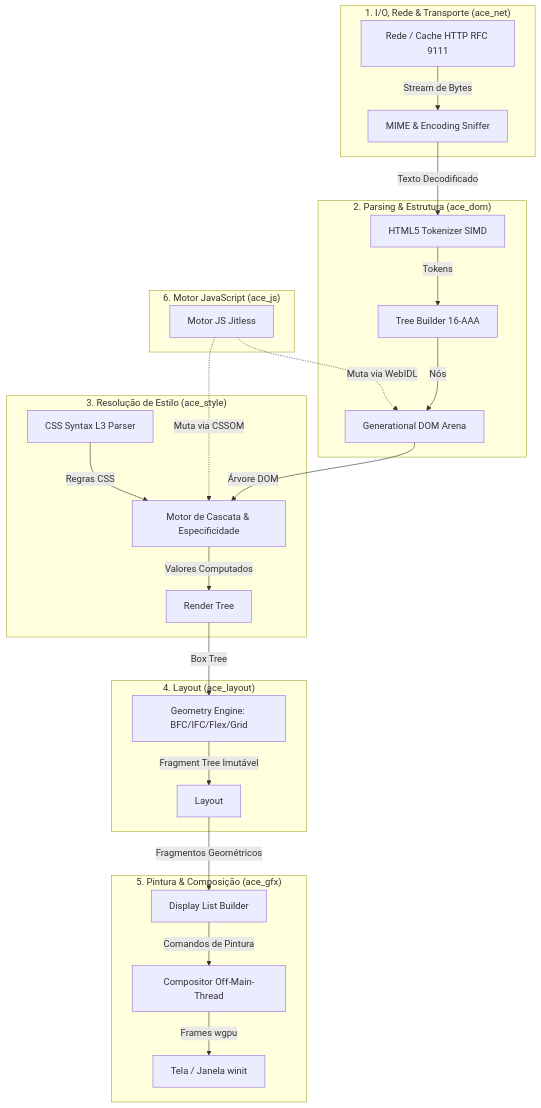
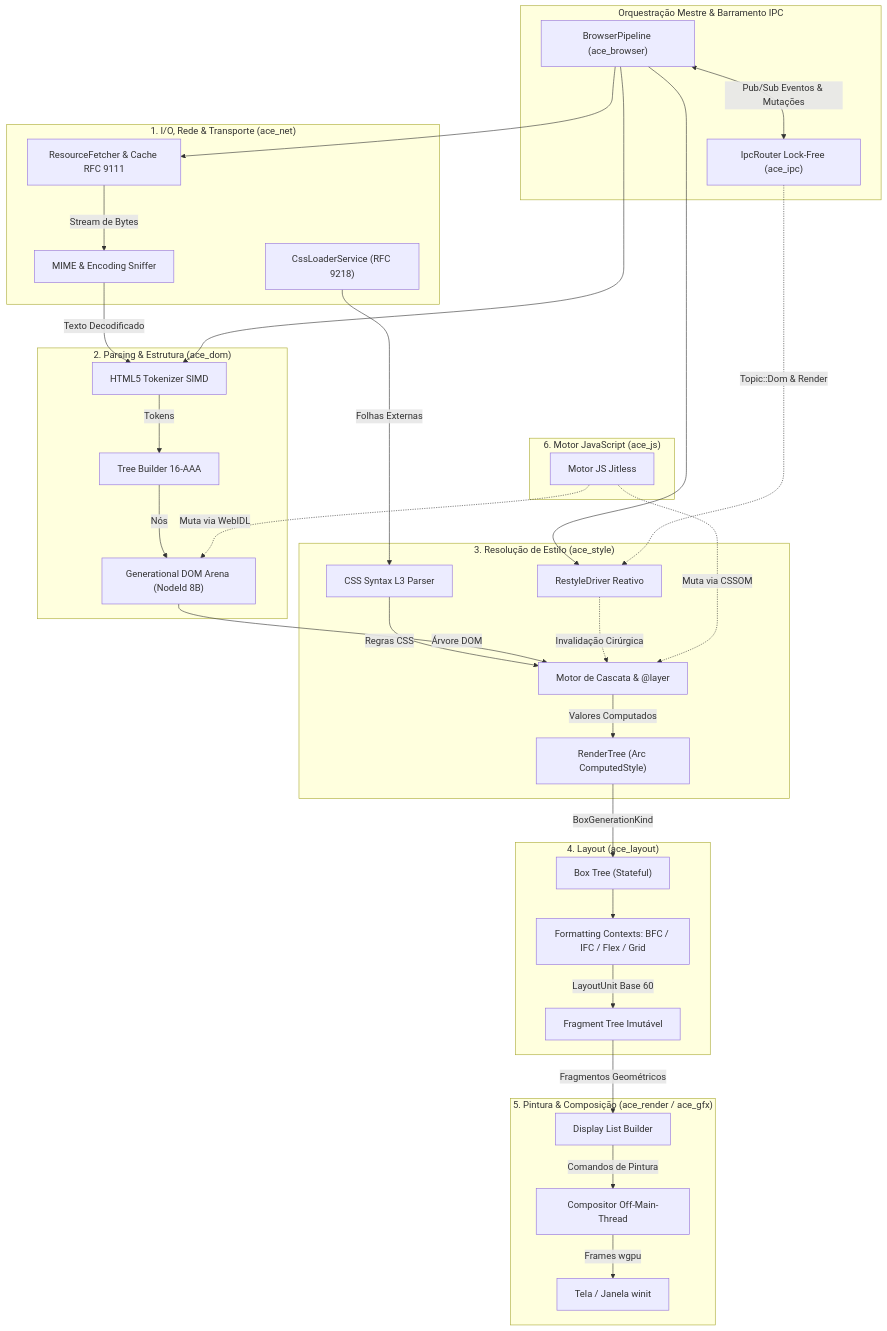
Before and after one commit to Alekkzsx/Albedo-Browser: the diagram in docs/architecture/README.md, drawn with Mermaid. The commit also changed other lines of this file and 1 other file, not shown here.

Commit message:
feat(docs): update architecture documentation to reflect the latest status and enhancements in test infrastructure and layout engine specifications

````diff
--- a/docs/architecture/README.md
+++ b/docs/architecture/README.md
@@ -13,34 +13,49 @@
 ```mermaid
 flowchart TD
-    subgraph I/O & Rede ["1. I/O, Rede & Transporte (ace_net)"]
-        Net[Rede / Cache HTTP RFC 9111] -->|Stream de Bytes| Sniffer[MIME & Encoding Sniffer]
+    subgraph Orquestracao ["Orquestração Mestre & Barramento IPC"]
+        Pipeline["BrowserPipeline (ace_browser)"]
+        Router["IpcRouter Lock-Free (ace_ipc)"]
+        Pipeline <-->|Pub/Sub Eventos & Mutações| Router
+    end
+
+    subgraph IORede ["1. I/O, Rede & Transporte (ace_net)"]
+        Net["ResourceFetcher & Cache RFC 9111"] -->|Stream de Bytes| Sniffer["MIME & Encoding Sniffer"]
+        CSSLoader["CssLoaderService (RFC 9218)"]
     end
 
     subgraph Parsing ["2. Parsing & Estrutura (ace_dom)"]
-        Sniffer -->|Texto Decodificado| Tokenizer[HTML5 Tokenizer SIMD]
-        Tokenizer -->|Tokens| TreeBuilder[Tree Builder 16-AAA]
-        TreeBuilder -->|Nós| Arena[Generational DOM Arena]
+        Sniffer -->|Texto Decodificado| Tokenizer["HTML5 Tokenizer SIMD"]
+        Tokenizer -->|Tokens| TreeBuilder["Tree Builder 16-AAA"]
+        TreeBuilder -->|Nós| Arena["Generational DOM Arena (NodeId 8B)"]
     end
 
     subgraph Estilo ["3. Resolução de Estilo (ace_style)"]
-        CSSParser[CSS Syntax L3 Parser] -->|Regras CSS| StyleEngine[Motor de Cascata & Especificidade]
+        CSSLoader -->|Folhas Externas| CSSParser["CSS Syntax L3 Parser"]
+        CSSParser -->|Regras CSS| StyleEngine["Motor de Cascata & @layer"]
         Arena -->|Árvore DOM| StyleEngine
-        StyleEngine -->|Valores Computados| RenderTree[Render Tree]
+        StyleEngine -->|Valores Computados| RenderTree["RenderTree (Arc ComputedStyle)"]
+        Restyle["RestyleDriver Reativo"] -.->|Invalidação Cirúrgica| StyleEngine
     end
 
     subgraph Geometria ["4. Layout (ace_layout)"]
-        RenderTree -->|Box Tree| LayoutEngine[Geometry Engine: BFC/IFC/Flex/Grid]
-        LayoutEngine -->|Fragment Tree Imutável| Layout
+        RenderTree -->|BoxGenerationKind| BoxTree["Box Tree (Stateful)"]
+        BoxTree --> LayoutEngine["Formatting Contexts: BFC / IFC / Flex / Grid"]
+        LayoutEngine -->|LayoutUnit Base 60| FragTree["Fragment Tree Imutável"]
     end
 
-    subgraph Apresentacao ["5. Pintura & Composição (ace_gfx)"]
-        Layout -->|Fragmentos Geométricos| DisplayList[Display List Builder]
-        DisplayList -->|Comandos de Pintura| Compositor[Compositor Off-Main-Thread]
-        Compositor -->|Frames wgpu| Tela[Tela / Janela winit]
+    subgraph Apresentacao ["5. Pintura & Composição (ace_render / ace_gfx)"]
+        FragTree -->|Fragmentos Geométricos| DisplayList["Display List Builder"]
+        DisplayList -->|Comandos de Pintura| Compositor["Compositor Off-Main-Thread"]
+        Compositor -->|Frames wgpu| Tela["Tela / Janela winit"]
     end
 
     subgraph Scripting ["6. Motor JavaScript (ace_js)"]
-        JS[Motor JS Jitless] -.->|Muta via WebIDL| Arena
+        JS["Motor JS Jitless"] -.->|Muta via WebIDL| Arena
         JS -.->|Muta via CSSOM| StyleEngine
     end
+
+    Pipeline --> Net
+    Pipeline --> Tokenizer
+    Pipeline --> Restyle
+    Router -.->|Topic::Dom & Render| Restyle
 ```
````
